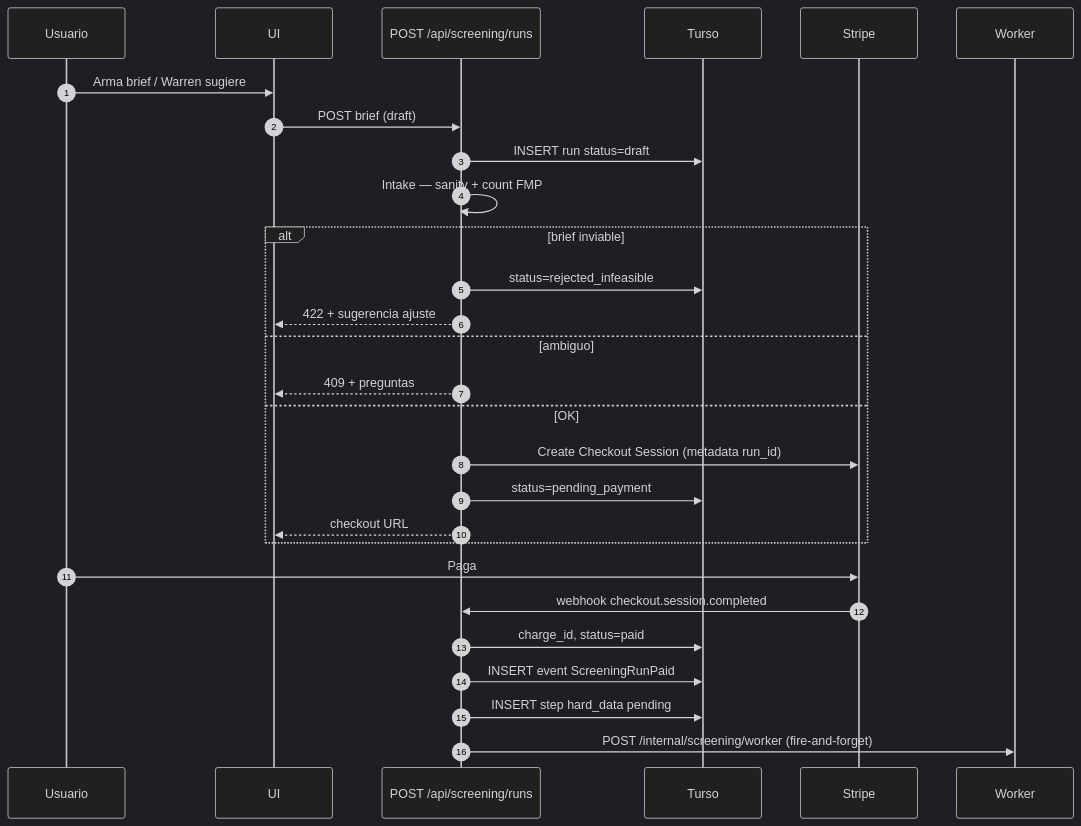
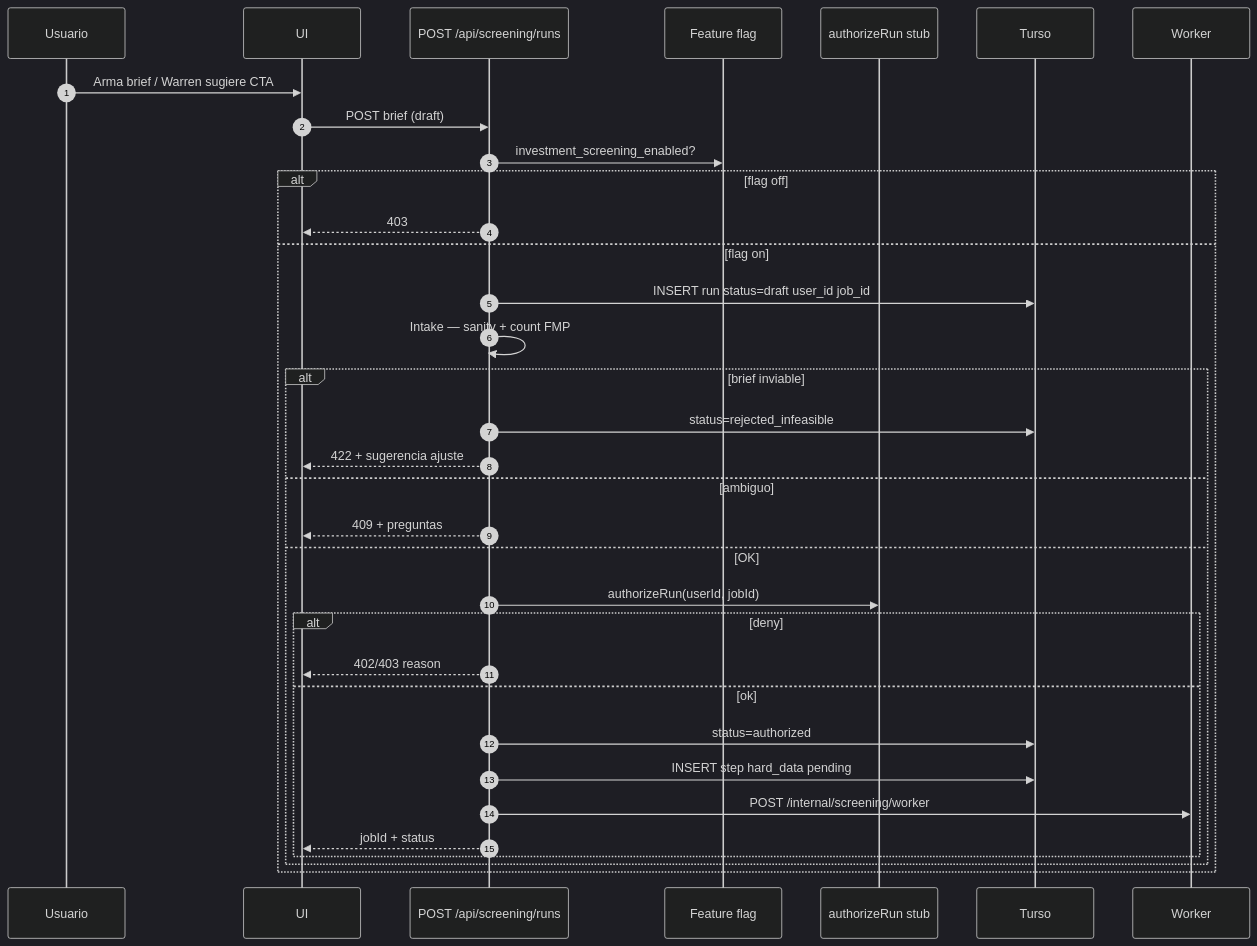
Before and after one commit to kyberis/stocktracker: the third of 8 diagrams in docs/HLD_INVESTMENT_SCREENING_AGENTS.md, drawn with Mermaid (dark theme). The commit also changed other lines of this file and 53 other files, not shown here.

First line of the commit message:
feat: investment screening E0 UI with entry analytics

````diff
--- a/docs/HLD_INVESTMENT_SCREENING_AGENTS.md
+++ b/docs/HLD_INVESTMENT_SCREENING_AGENTS.md
@@ -162,32 +158,37 @@
 ```mermaid
 sequenceDiagram
     autonumber
     participant U as Usuario
     participant UI as UI
     participant API as POST /api/screening/runs
+    participant FF as Feature flag
+    participant AUTH as authorizeRun stub
     participant DB as Turso
-    participant ST as Stripe
     participant W as Worker
 
-    U->>UI: Arma brief / Warren sugiere
+    U->>UI: Arma brief / Warren sugiere CTA
     UI->>API: POST brief (draft)
-    API->>DB: INSERT run status=draft
-    API->>API: Intake — sanity + count FMP
-    alt brief inviable
-        API->>DB: status=rejected_infeasible
-        API-->>UI: 422 + sugerencia ajuste
-    else ambiguo
-        API-->>UI: 409 + preguntas
-    else OK
-        API->>ST: Create Checkout Session (metadata run_id)
-        API->>DB: status=pending_payment
-        API-->>UI: checkout URL
+    API->>FF: investment_screening_enabled?
+    alt flag off
+        API-->>UI: 403
+    else flag on
+        API->>DB: INSERT run status=draft user_id job_id
+        API->>API: Intake — sanity + count FMP
+        alt brief inviable
+            API->>DB: status=rejected_infeasible
+            API-->>UI: 422 + sugerencia ajuste
+        else ambiguo
+            API-->>UI: 409 + preguntas
+        else OK
+            API->>AUTH: authorizeRun(userId, jobId)
+            alt deny
+                API-->>UI: 402/403 reason
+            else ok
+                API->>DB: status=authorized
+                API->>DB: INSERT step hard_data pending
+                API->>W: POST /internal/screening/worker
+                API-->>UI: jobId + status
+            end
+        end
     end
-
-    U->>ST: Paga
-    ST->>API: webhook checkout.session.completed
-    API->>DB: charge_id, status=paid
-    API->>DB: INSERT event ScreeningRunPaid
-    API->>DB: INSERT step hard_data pending
-    API->>W: POST /internal/screening/worker (fire-and-forget)
 ```
````
